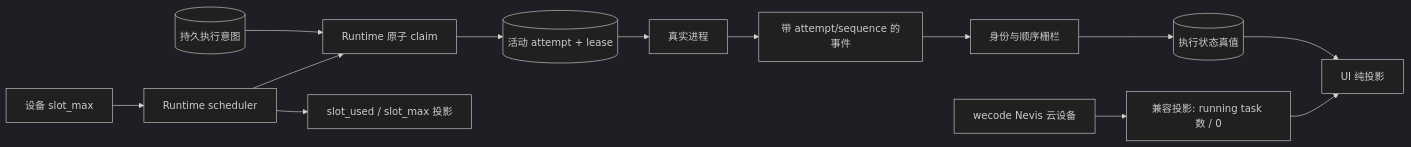
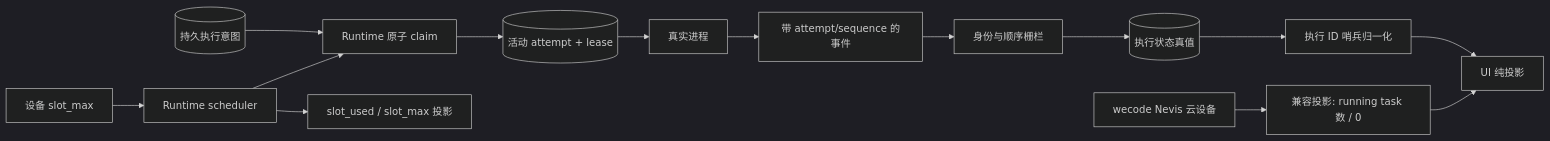
Before and after one commit to wecode-ai/Wegent: the first of 2 diagrams in docs/zh/architecture/project-execution-state.md, drawn with Mermaid (dark theme). The commit also changed other lines of this file and 17 other files, not shown here.

````diff
--- a/docs/zh/architecture/project-execution-state.md
+++ b/docs/zh/architecture/project-execution-state.md
@@ -9,15 +9,17 @@
 ```mermaid
 flowchart LR
     INTENT[(持久执行意图)] --> CLAIM[Runtime 原子 claim]
     CLAIM --> ACTIVE[(活动 attempt + lease)]
     ACTIVE --> PROCESS[真实进程]
     PROCESS --> EVENT[带 attempt/sequence 的事件]
     EVENT --> FENCE[身份与顺序栅栏]
     FENCE --> TRUTH[(执行状态真值)]
-    TRUTH --> VIEW[UI 纯投影]
+    TRUTH --> NORMALIZE[执行 ID 哨兵归一化]
+    NORMALIZE --> VIEW
+    VIEW[UI 纯投影]
     SETTINGS[设备 slot_max] --> SCHEDULER[Runtime scheduler]
     SCHEDULER --> CLAIM
     SCHEDULER --> CAPACITY[slot_used / slot_max 投影]
     WECODE[wecode Nevis 云设备] --> LEGACY[兼容投影: running task 数 / 0]
     LEGACY --> VIEW
 ```
````
